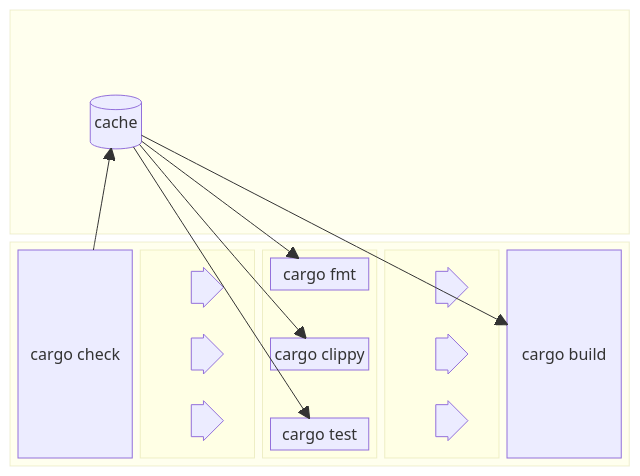
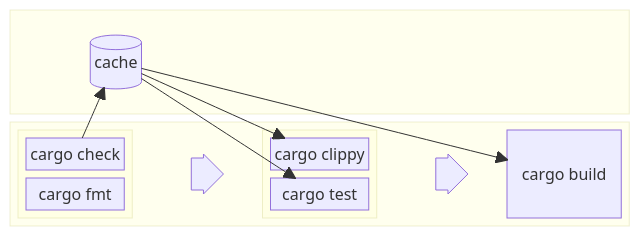
The second of 2 diagrams in src/language-basics/clippy-and-fmt.md (Rust-Simply/idiomatic-rust-in-simple-steps), drawn with Mermaid before and after one commit. The commit also changed other lines of this file and 21 other files, not shown here.

Commit message:
cargo fmt can come earlier in the CI process

````diff
--- a/src/language-basics/clippy-and-fmt.md
+++ b/src/language-basics/clippy-and-fmt.md
@@ -204,43 +209,33 @@
 ```mermaid
 ---
 title: Continuous Integration with Cache
 ---
 block-beta
     columns 1
     block:cache_block
         columns 3
         cache[("cache")]
         space
         space
     end
     block:process
-        check["cargo check"]
-        block:input
+        block:fastFail
             columns 1
-            checkToFmt<["&nbsp;"]>(right)
-            checkToClippy<["&nbsp;"]>(right)
-            checkToTest<["&nbsp;"]>(right)
+            check["cargo check"]
+            fmt["cargo fmt"]
         end
-        block:parallel
+        fastFailToDeepCheck<["&nbsp;"]>(right)
+        block:deepCheck
             columns 1
-            fmt["cargo fmt"]
-            space
             clippy["cargo clippy"]
-            space
             test["cargo test"]
         end
-        block:output
-            columns 1
-            fmtToBuild<["&nbsp;"]>(right)
-            clippyToBuild<["&nbsp;"]>(right)
-            testToBuild<["&nbsp;"]>(right)
-        end
+        deepCheckToBuild<["&nbsp;"]>(right)
         build["cargo build"]
     end
     
     check --> cache
-    cache --> fmt
     cache --> clippy
     cache --> test
     cache --> build
 ```
````
